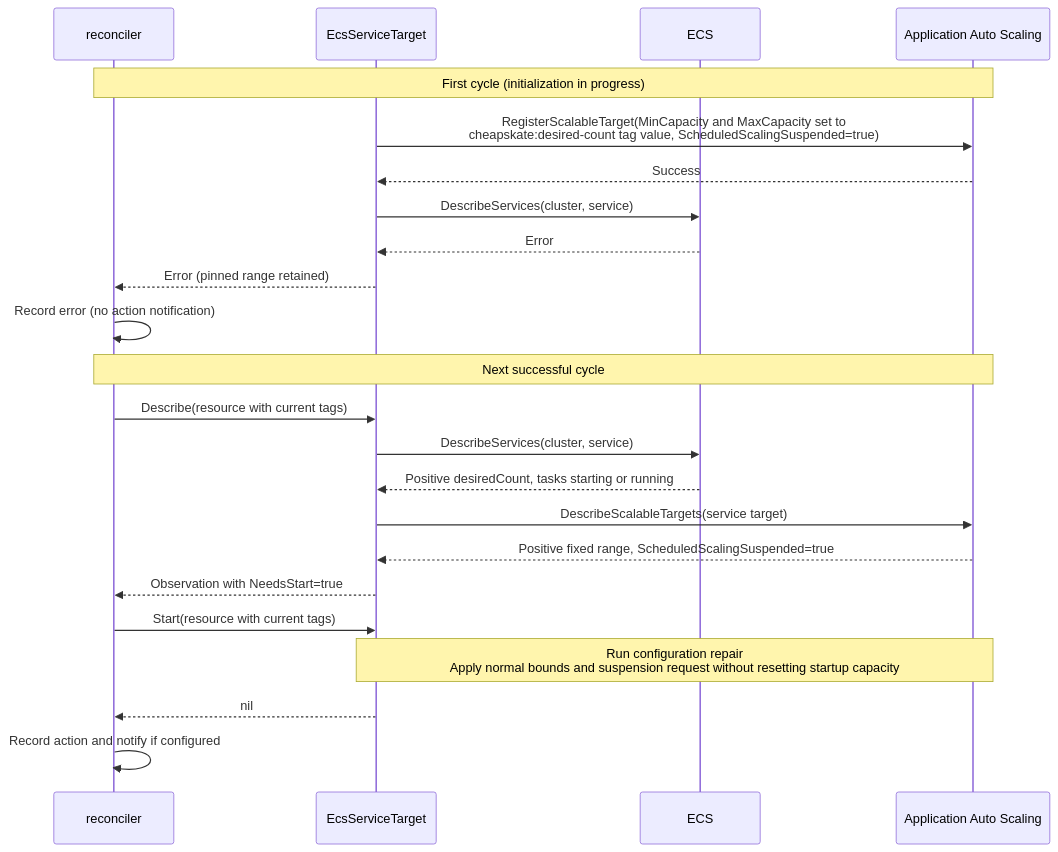
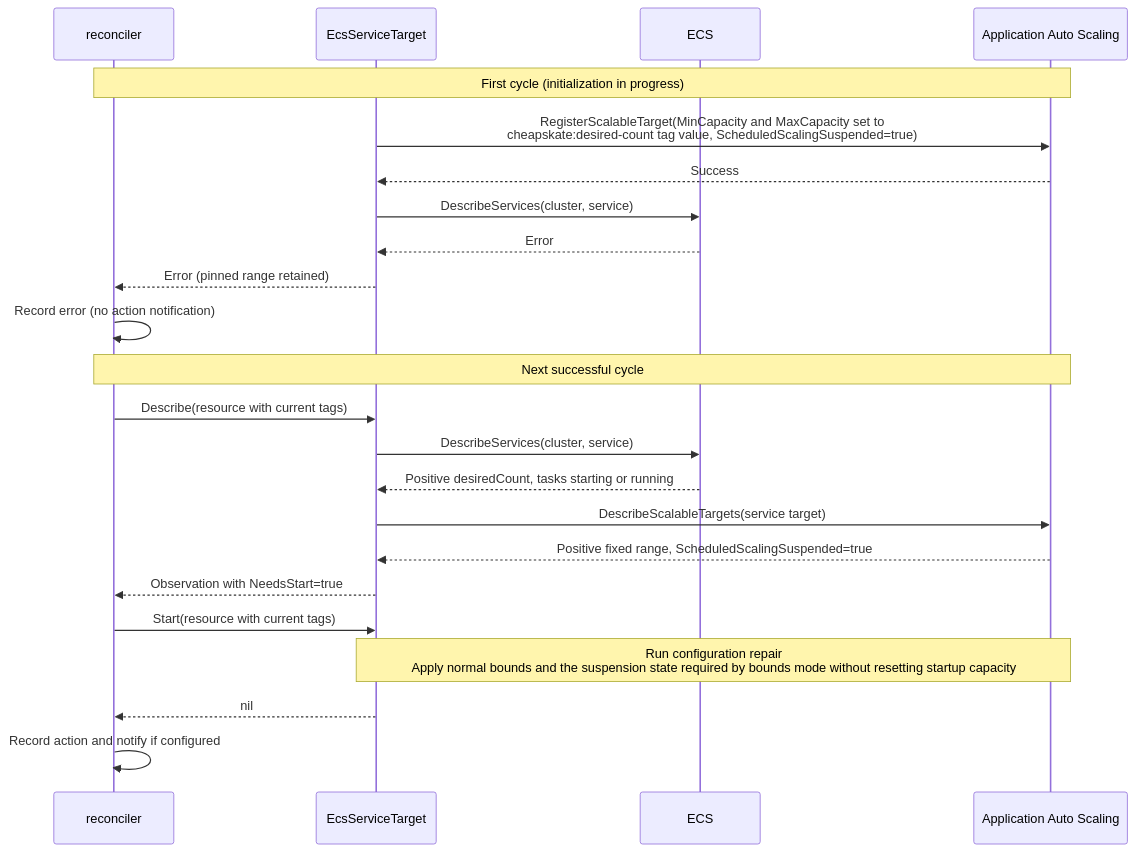
One commit to moepig/cheapskate changed the ninth of 9 diagrams in docs/en/development/resource_sequence.md. Above: the diagram before and after it, drawn with Mermaid. The commit also changed other lines of this file and 22 other files, not shown here.

Commit message:
Clarify ECS scaling bounds management modes

````diff
--- a/docs/en/development/resource_sequence.md
+++ b/docs/en/development/resource_sequence.md
@@ -332,25 +334,25 @@
 ```mermaid
 sequenceDiagram
     participant Reconciler as reconciler
     participant Adapter as EcsServiceTarget
     participant EcsAPI as ECS
     participant AutoScaling as Application Auto Scaling
     Note over Reconciler,AutoScaling: First cycle (initialization in progress)
     Adapter->>AutoScaling: RegisterScalableTarget(MinCapacity and MaxCapacity set to<br/>cheapskate:desired-count tag value, ScheduledScalingSuspended=true)
     AutoScaling-->>Adapter: Success
     Adapter->>EcsAPI: DescribeServices(cluster, service)
     EcsAPI-->>Adapter: Error
     Adapter-->>Reconciler: Error (pinned range retained)
     Reconciler->>Reconciler: Record error (no action notification)
     Note over Reconciler,AutoScaling: Next successful cycle
     Reconciler->>Adapter: Describe(resource with current tags)
     Adapter->>EcsAPI: DescribeServices(cluster, service)
     EcsAPI-->>Adapter: Positive desiredCount, tasks starting or running
     Adapter->>AutoScaling: DescribeScalableTargets(service target)
     AutoScaling-->>Adapter: Positive fixed range, ScheduledScalingSuspended=true
     Adapter-->>Reconciler: Observation with NeedsStart=true
     Reconciler->>Adapter: Start(resource with current tags)
-    Note over Adapter,AutoScaling: Run configuration repair<br/>Apply normal bounds and suspension request without resetting startup capacity
+    Note over Adapter,AutoScaling: Run configuration repair<br/>Apply normal bounds and the suspension state required by bounds mode without resetting startup capacity
     Adapter-->>Reconciler: nil
     Reconciler->>Reconciler: Record action and notify if configured
 ```
````
